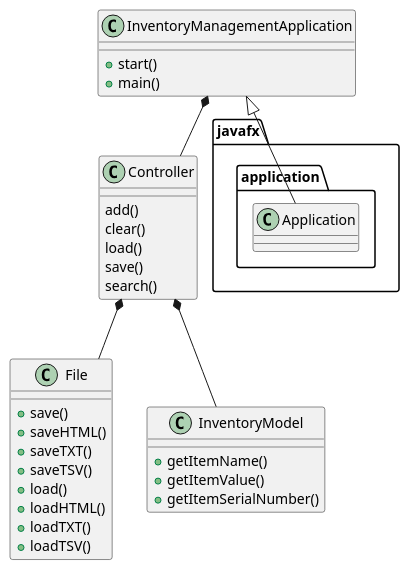
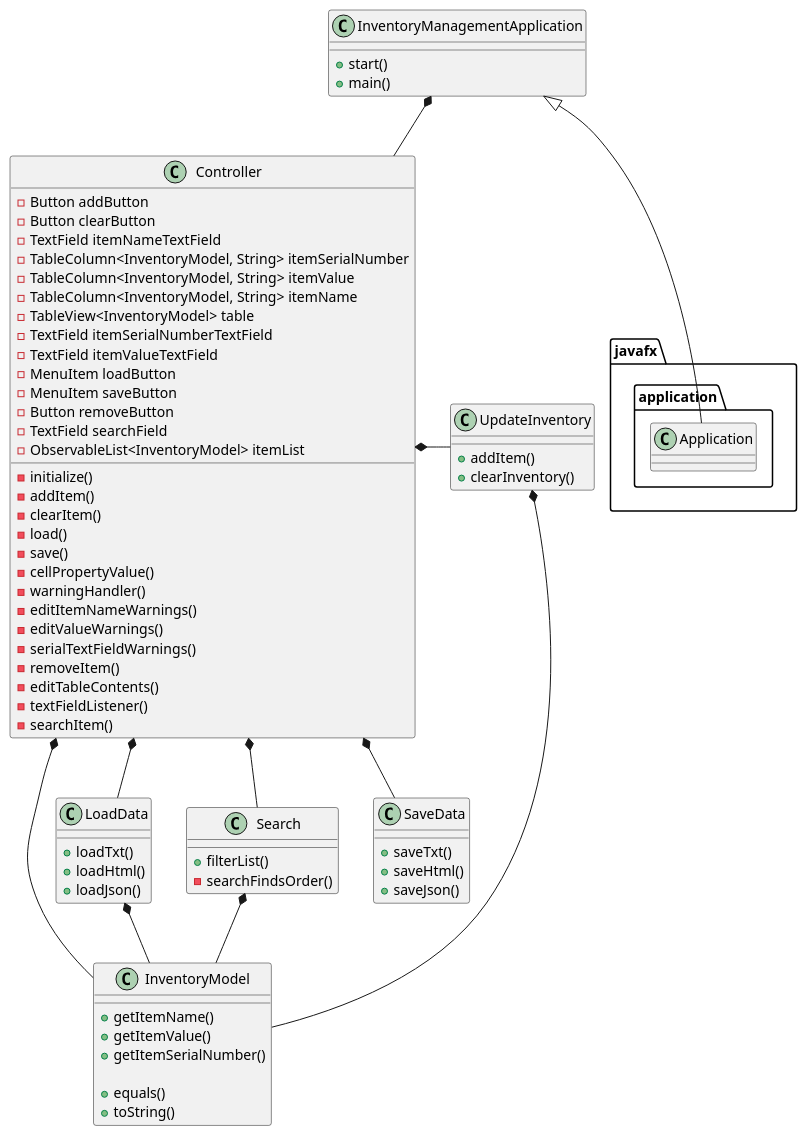
Before and after one commit to cachemoney-3000/InventoryManagementApplication: the diagram in docs/app2_diagram.puml, drawn with PlantUML. The commit also changed 4 other files, not shown here.

Commit message:
updated my uml diagram

```diff
--- a/docs/app2_diagram.puml
+++ b/docs/app2_diagram.puml
@@ -1,38 +1,104 @@
 @startuml
 
 class InventoryManagementApplication{
     'This will make the program run
     +start()
     'This will launch the program
     +main()
 }
-class File{
-    +save()
-    +saveHTML()
-    +saveTXT()
-    +saveTSV()
-    +load()
-    +loadHTML()
-    +loadTXT()
-    +loadTSV()
-}
+
 class InventoryModel{
     'getters
     +getItemName()
     +getItemValue()
     +getItemSerialNumber()
+
+    'Method that will help look if an item already exists
+    +equals()
+    + toString()
 }
 class Controller{
-    add()
-    clear()
-    load()
-    save()
-    search()
+    'Attributes
+    -Button addButton
+    -Button clearButton
+    -TextField itemNameTextField
+    -TableColumn<InventoryModel, String> itemSerialNumber
+    -TableColumn<InventoryModel, String> itemValue
+    -TableColumn<InventoryModel, String> itemName
+    -TableView<InventoryModel> table
+    -TextField itemSerialNumberTextField
+    -TextField itemValueTextField
+    -MenuItem loadButton
+    -MenuItem saveButton
+    -Button removeButton
+    -TextField searchField
+    -ObservableList<InventoryModel> itemList
+
+    'Method:
+    'for initializing the table
+    -initialize()
+    'for adding an item
+    -addItem()
+    'for clearing all the item in the table
+    -clearItem()
+    'for loading a file
+    -load()
+    'for saving a file to either txt, html, or json
+    -save()
+    'for putting values in the correct column
+    -cellPropertyValue()
+    'for showing all the warnings:
+    -warningHandler()
+    -editItemNameWarnings()
+    -editValueWarnings()
+    -serialTextFieldWarnings()
+    'for removing an item in the table
+    -removeItem()
+    'for making the contents in the table editable
+    -editTableContents()
+    -textFieldListener()
+    'for searching an item
+    -searchItem()
+}
+
+'Helper class for loading a data and showing it into the table
+class LoadData{
+    'Methods:
+    +loadTxt()
+    +loadHtml()
+    +loadJson()
+}
+
+'Helper class for searching an item and showing it into the table
+class Search{
+    'Methods:
+    +filterList()
+    -searchFindsOrder()
+}
+
+'Helper class for updating the table, either by adding or clearing an item
+class UpdateInventory{
+    'Methods:
+    +addItem()
+    +clearInventory()
+}
+
+'Helper class for saving the item from the table into a file
+class SaveData{
+    'Methods:
+    +saveTxt()
+    +saveHtml()
+    +saveJson()
 }
 
 InventoryManagementApplication <|-- javafx.application.Application
 InventoryManagementApplication *-- Controller
-Controller *-- File
+UpdateInventory *-- InventoryModel
 Controller *-- InventoryModel
-
+LoadData *-- InventoryModel
+Search *-- InventoryModel
+Controller *-- LoadData
+Controller *- UpdateInventory
+Controller *-- SaveData
+Controller *-- Search
 @enduml
```
